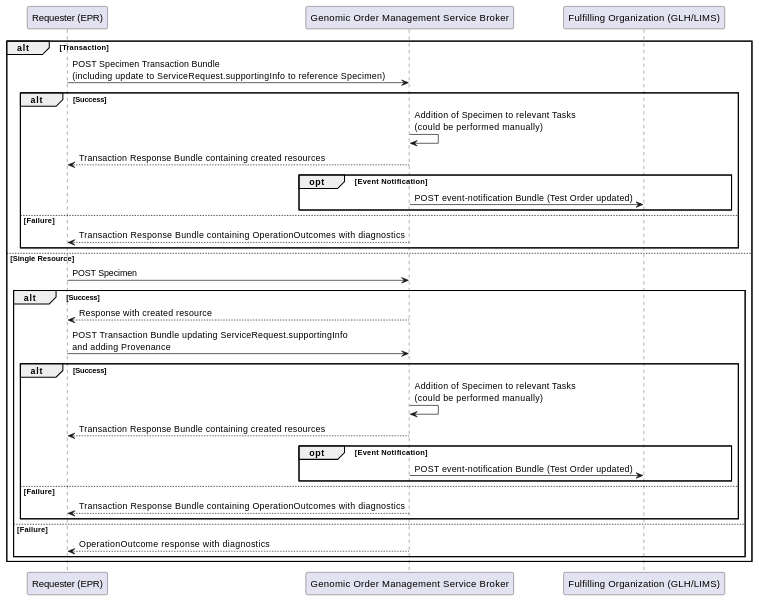
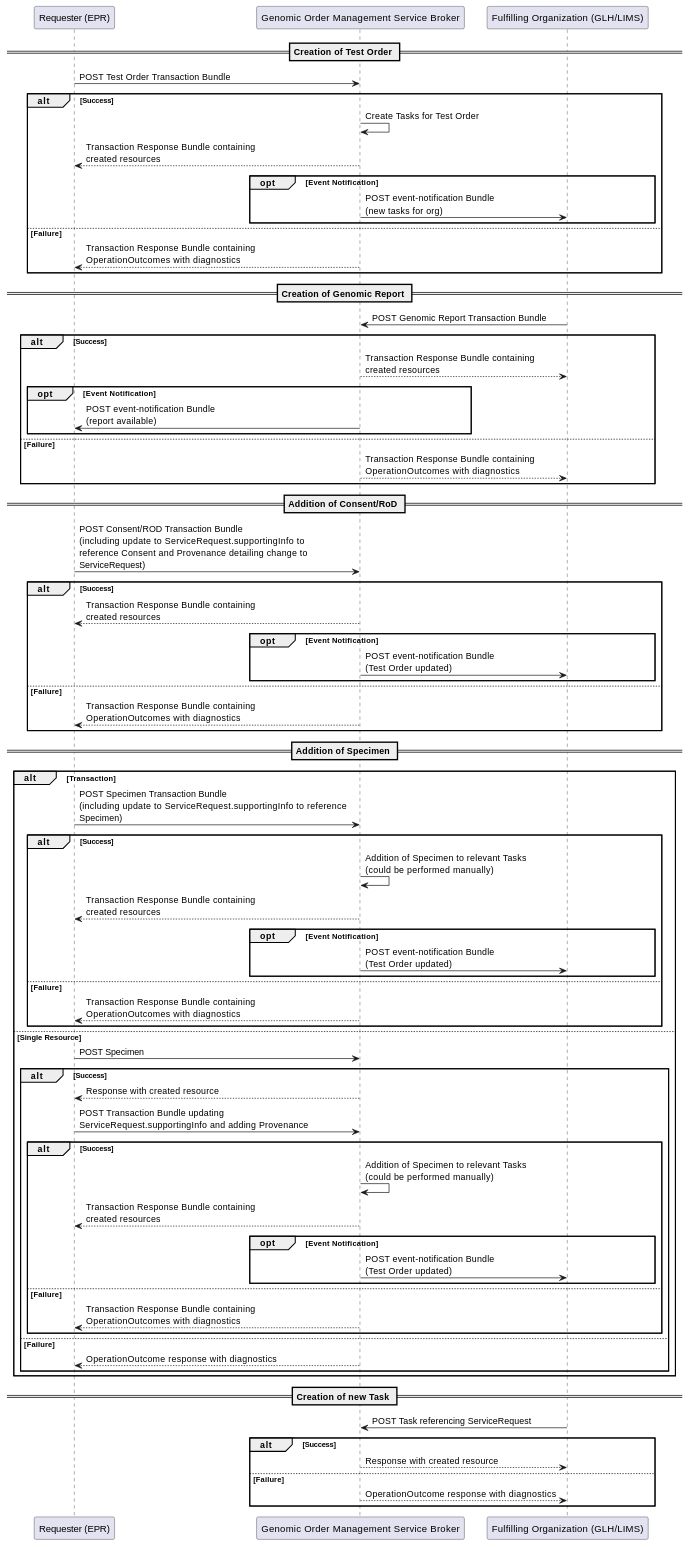
Before and after one commit to NHSDigital/IOPS-FHIR-Simplifier-Backup: the first of 3 diagrams in NHSEnglandFHIRGenomicsImplementationGuide/backup/guides/FHIR-Genomics-Implementation-Guide/Home/Build/Supported-CRUD-capability.page.md, drawn with PlantUML. The commit also changed other lines of this file and 7 other files, not shown here.

```diff
--- a/NHSEnglandFHIRGenomicsImplementationGuide/backup/guides/FHIR-Genomics-Implementation-Guide/Home/Build/Supported-CRUD-capability.page.md
+++ b/NHSEnglandFHIRGenomicsImplementationGuide/backup/guides/FHIR-Genomics-Implementation-Guide/Home/Build/Supported-CRUD-capability.page.md
@@ -73,35 +13,73 @@
 @startuml
+== Creation of Test Order ==
 Participant EPR as "Requester (EPR)"
 Participant GOMS as "Genomic Order Management Service Broker"
 Participant LIMS as "Fulfilling Organization (GLH/LIMS)"
+EPR -> GOMS : POST Test Order Transaction Bundle
+alt Success
+GOMS -> GOMS : Create Tasks for Test Order
+GOMS --> EPR : Transaction Response Bundle containing \ncreated resources
+opt Event Notification
+GOMS -> LIMS : POST event-notification Bundle \n(new tasks for org)
+end
+else Failure
+GOMS --> EPR : Transaction Response Bundle containing \nOperationOutcomes with diagnostics
+end
+== Creation of Genomic Report ==
+LIMS -> GOMS : POST Genomic Report Transaction Bundle
+alt Success
+GOMS --> LIMS : Transaction Response Bundle containing \ncreated resources
+opt Event Notification
+GOMS -> EPR : POST event-notification Bundle \n(report available)
+end
+else Failure
+GOMS --> LIMS : Transaction Response Bundle containing \nOperationOutcomes with diagnostics
+end
+== Addition of Consent/RoD ==
+EPR -> GOMS : POST Consent/ROD Transaction Bundle \n(including update to ServiceRequest.supportingInfo to \nreference Consent and Provenance detailing change to \nServiceRequest)
+alt Success
+GOMS --> EPR : Transaction Response Bundle containing \ncreated resources
+opt Event Notification
+GOMS -> LIMS : POST event-notification Bundle \n(Test Order updated)
+end
+else Failure
+GOMS --> EPR : Transaction Response Bundle containing \nOperationOutcomes with diagnostics
+end
+== Addition of Specimen ==
 alt Transaction
-EPR -> GOMS : POST Specimen Transaction Bundle \n(including update to ServiceRequest.supportingInfo to reference Specimen)
+EPR -> GOMS : POST Specimen Transaction Bundle \n(including update to ServiceRequest.supportingInfo to reference \nSpecimen)
 alt Success
 GOMS -> GOMS : Addition of Specimen to relevant Tasks \n(could be performed manually)
-GOMS --> EPR : Transaction Response Bundle containing created resources
+GOMS --> EPR : Transaction Response Bundle containing \ncreated resources
 opt Event Notification
-GOMS -> LIMS : POST event-notification Bundle (Test Order updated)
+GOMS -> LIMS : POST event-notification Bundle \n(Test Order updated)
 end
 else Failure
-GOMS --> EPR : Transaction Response Bundle containing OperationOutcomes with diagnostics
+GOMS --> EPR : Transaction Response Bundle containing \nOperationOutcomes with diagnostics
 end
 else Single Resource
 EPR -> GOMS : POST Specimen 
 alt Success
 GOMS --> EPR : Response with created resource
-EPR -> GOMS : POST Transaction Bundle updating ServiceRequest.supportingInfo \nand adding Provenance
+EPR -> GOMS : POST Transaction Bundle updating \nServiceRequest.supportingInfo and adding Provenance
 alt Success
 GOMS -> GOMS : Addition of Specimen to relevant Tasks \n(could be performed manually)
-GOMS --> EPR : Transaction Response Bundle containing created resources
+GOMS --> EPR : Transaction Response Bundle containing \ncreated resources
 opt Event Notification
-GOMS -> LIMS : POST event-notification Bundle (Test Order updated)
+GOMS -> LIMS : POST event-notification Bundle \n(Test Order updated)
 end
 else Failure
-GOMS --> EPR : Transaction Response Bundle containing OperationOutcomes with diagnostics
+GOMS --> EPR : Transaction Response Bundle containing \nOperationOutcomes with diagnostics
 end
 else Failure
 GOMS --> EPR : OperationOutcome response with diagnostics
 end
 end
-
+== Creation of new Task ==
+LIMS -> GOMS : POST Task referencing ServiceRequest
+alt Success
+GOMS --> LIMS : Response with created resource
+else Failure
+GOMS --> LIMS : OperationOutcome response with diagnostics
+end
 @enduml
```
